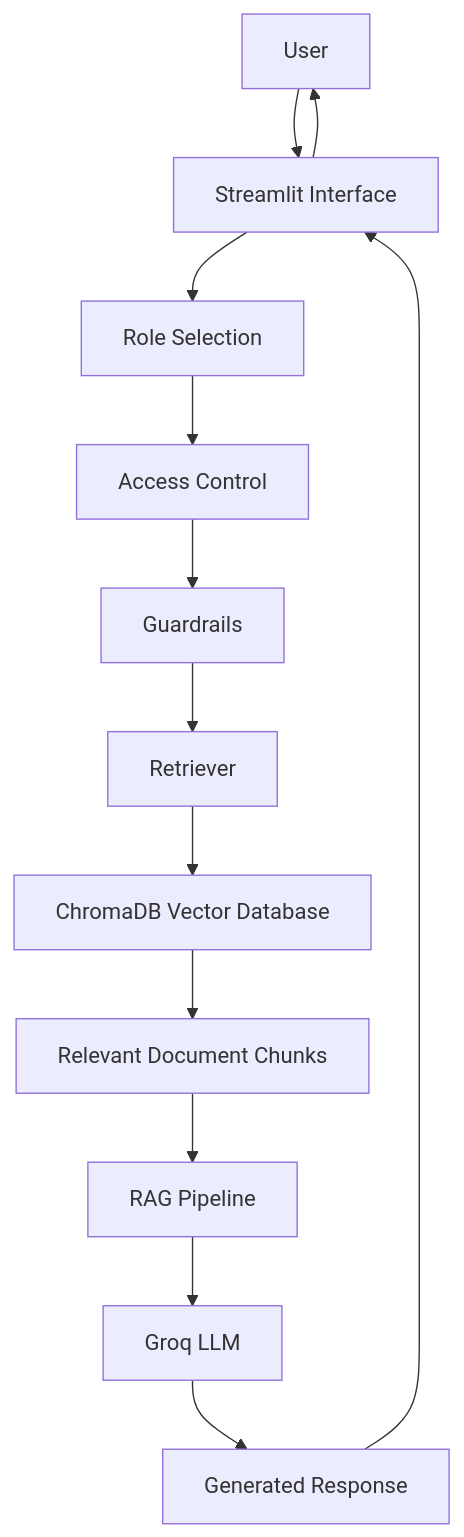
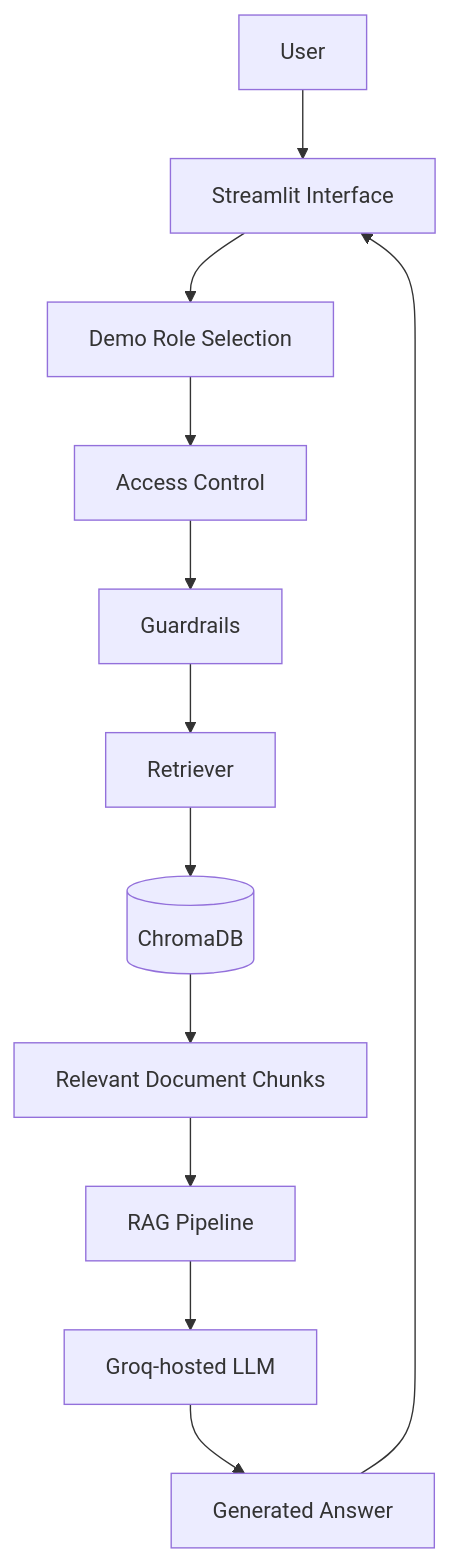
The diagram in README.md (KiranKumar674/Enterprise-RAG-Chatbot), drawn with Mermaid before and after one commit. The commit also changed other lines of this file, not shown here.

````diff
--- a/README.md
+++ b/README.md
@@ -43,15 +31,14 @@
 ```mermaid
 flowchart TD
     A[User] --> B[Streamlit Interface]
-    B --> C[Role Selection]
+    B --> C[Demo Role Selection]
     C --> D[Access Control]
     D --> E[Guardrails]
     E --> F[Retriever]
-    F --> G[ChromaDB Vector Database]
+    F --> G[(ChromaDB)]
     G --> H[Relevant Document Chunks]
     H --> I[RAG Pipeline]
-    I --> J[Groq LLM]
-    J --> K[Generated Response]
+    I --> J[Groq-hosted LLM]
+    J --> K[Generated Answer]
     K --> B
-    B --> A
 ```
````
